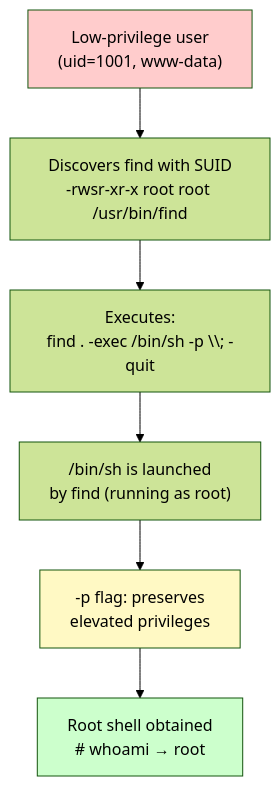
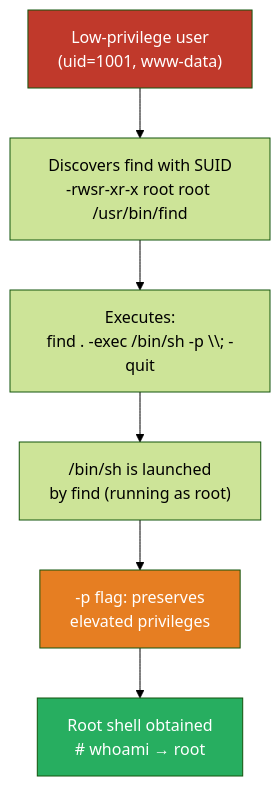
Before and after one commit to morimori-dev/morimori-dev.github.io: the first of 3 diagrams in _posts/2026-02-27-tech-suid-find-privesc.md, drawn with Mermaid (forest theme). The commit also changed other lines of this file, not shown here.

Commit message:
Initial setup: Chirpy theme with config

````diff
--- a/_posts/2026-02-27-tech-suid-find-privesc.md
+++ b/_posts/2026-02-27-tech-suid-find-privesc.md
@@ -45,15 +45,15 @@
 ```mermaid
 flowchart TD
     A["Low-privilege user\n(uid=1001, www-data)"]
     B["Discovers find with SUID\n-rwsr-xr-x root root /usr/bin/find"]
     C["Executes:\nfind . -exec /bin/sh -p \\; -quit"]
     D["/bin/sh is launched\nby find (running as root)"]
     E["-p flag: preserves\nelevated privileges"]
     F["Root shell obtained\n# whoami → root"]
 
     A --> B --> C --> D --> E --> F
 
-    style A fill:#ffcccc
-    style F fill:#ccffcc
-    style E fill:#fff9c4
+    style A fill:#c0392b,color:#fff
+    style F fill:#27ae60,color:#fff
+    style E fill:#e67e22,color:#fff
 ```
````
